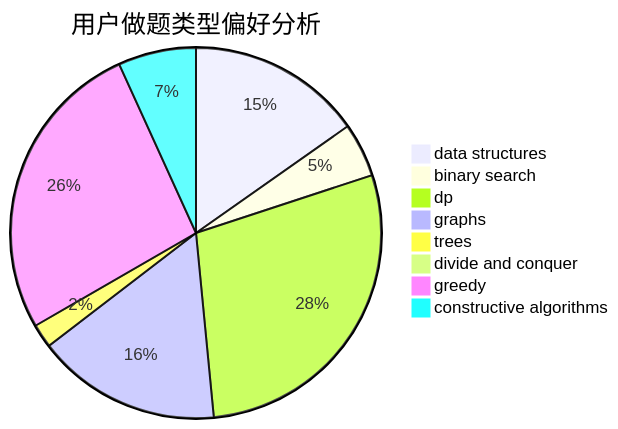
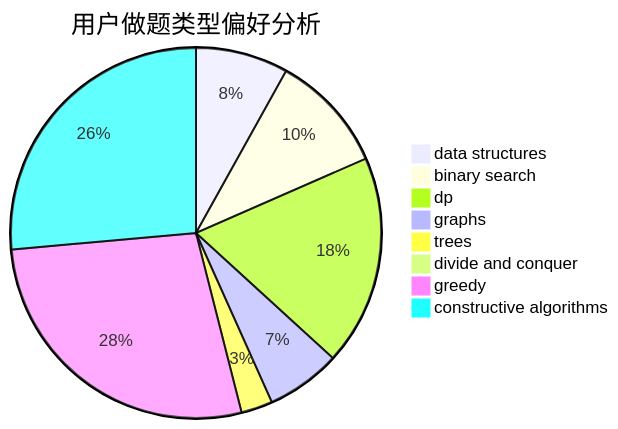
The second of 3 diagrams in docs/user/u2402.md (sherpahu/cfrs.github.io), drawn with Mermaid before and after one commit. The commit also changed other lines of this file and 2770 other files, not shown here.

````diff
--- a/docs/user/u2402.md
+++ b/docs/user/u2402.md
@@ -23,11 +23,11 @@
 ```mermaid
 pie title 用户做题类型偏好分析
-    "data structures" :  139
-    "binary search" :  43
-    "dp" :  260
-    "graphs" :  147
-    "trees" :  19
-    "divide and conquer" :  6
-    "greedy" :  242
-    "constructive algorithms" :  62
+    "data structures" :  103
+    "binary search" :  132
+    "dp" :  234
+    "graphs" :  83
+    "trees" :  35
+    "divide and conquer" :  1
+    "greedy" :  351
+    "constructive algorithms" :  337
 ```
````
